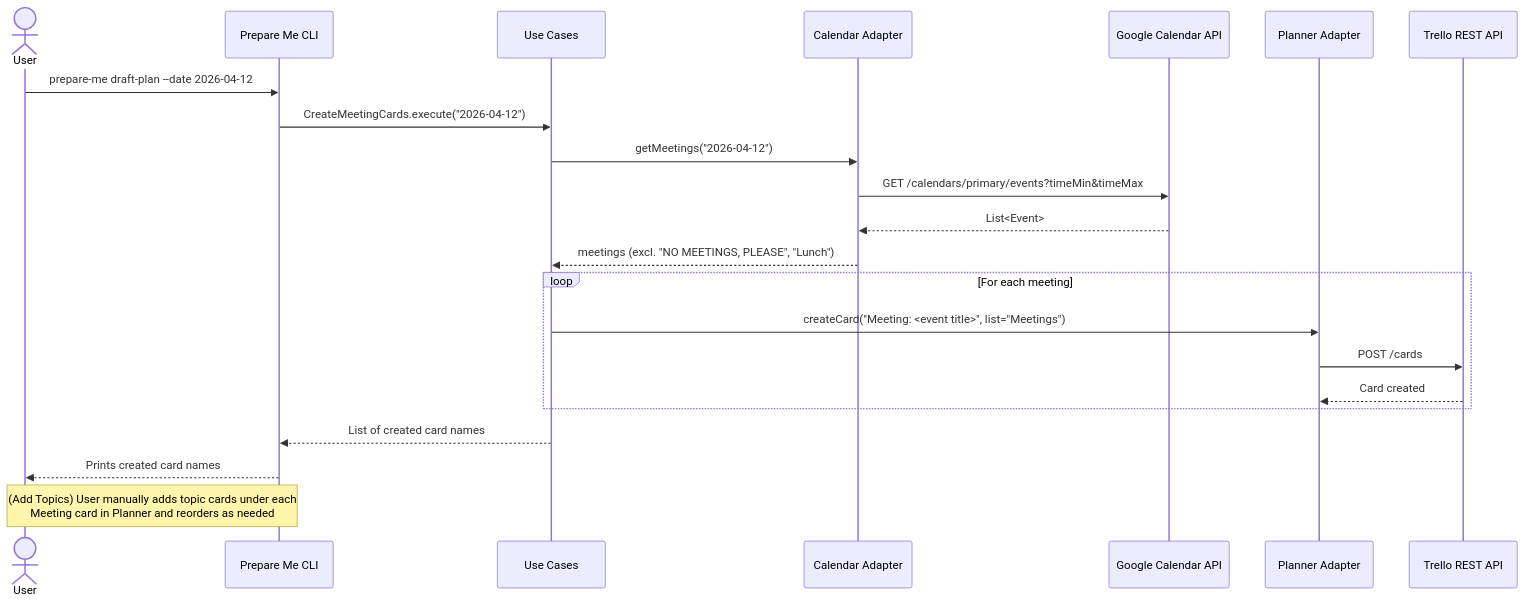
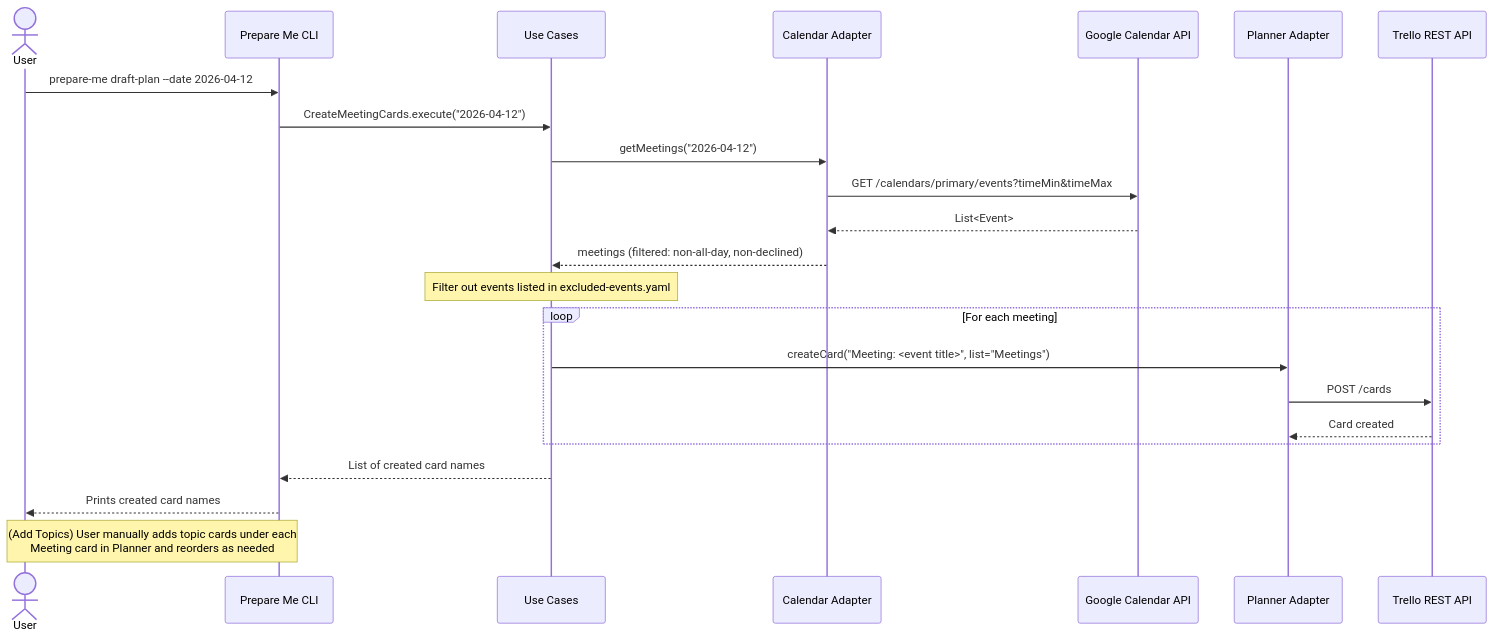
Before and after one commit to PaulFrmBrn/prepare-me: the diagram in architecture/sequence-draft-plan.md, drawn with Mermaid. The commit also changed 3 other files, not shown here.

Commit message:
Update architecture docs accordingly to latest changes

````diff
--- a/architecture/sequence-draft-plan.md
+++ b/architecture/sequence-draft-plan.md
@@ -3,29 +3,30 @@
 ```mermaid
 sequenceDiagram
     actor User
     participant CLI as Prepare Me CLI
     participant UC as Use Cases
     participant Cal as Calendar Adapter
     participant GCal as Google Calendar API
     participant Planner as Planner Adapter
     participant TrelloAPI as Trello REST API
 
     User->>CLI: prepare-me draft-plan --date 2026-04-12
     CLI->>UC: CreateMeetingCards.execute("2026-04-12")
 
     UC->>Cal: getMeetings("2026-04-12")
     Cal->>GCal: GET /calendars/primary/events?timeMin&timeMax
     GCal-->>Cal: List<Event>
-    Cal-->>UC: meetings (excl. "NO MEETINGS, PLEASE", "Lunch")
+    Cal-->>UC: meetings (filtered: non-all-day, non-declined)
+    Note over UC: Filter out events listed in excluded-events.yaml
 
     loop For each meeting
         UC->>Planner: createCard("Meeting: <event title>", list="Meetings")
         Planner->>TrelloAPI: POST /cards
         TrelloAPI-->>Planner: Card created
     end
 
     UC-->>CLI: List of created card names
     CLI-->>User: Prints created card names
 
     Note over User,CLI: (Add Topics) User manually adds topic cards under each<br/>Meeting card in Planner and reorders as needed
 ```
````
